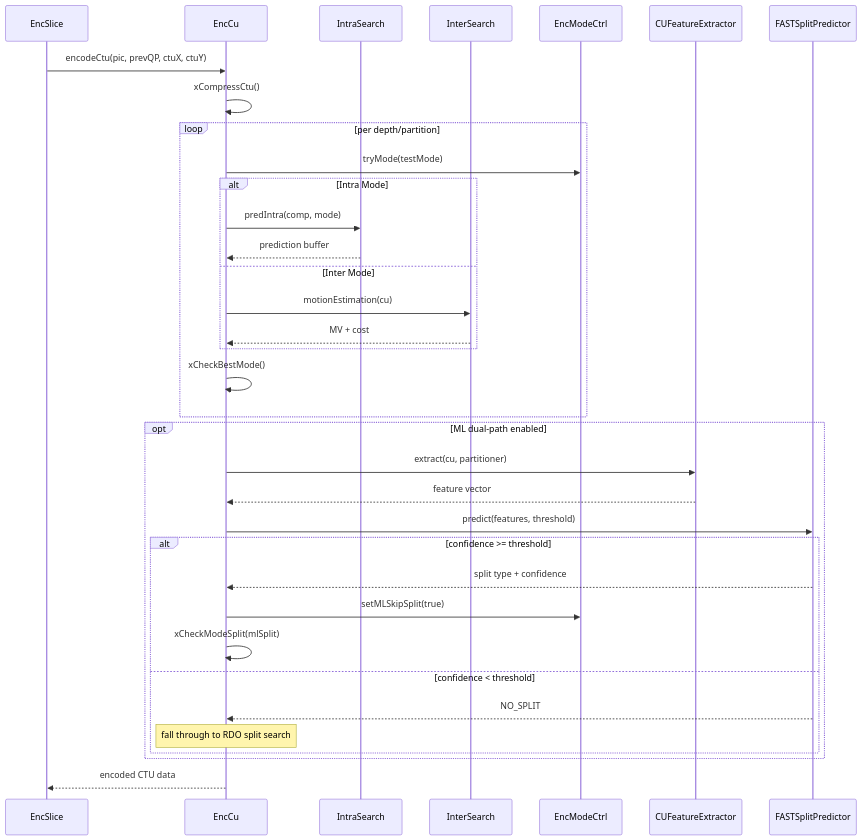
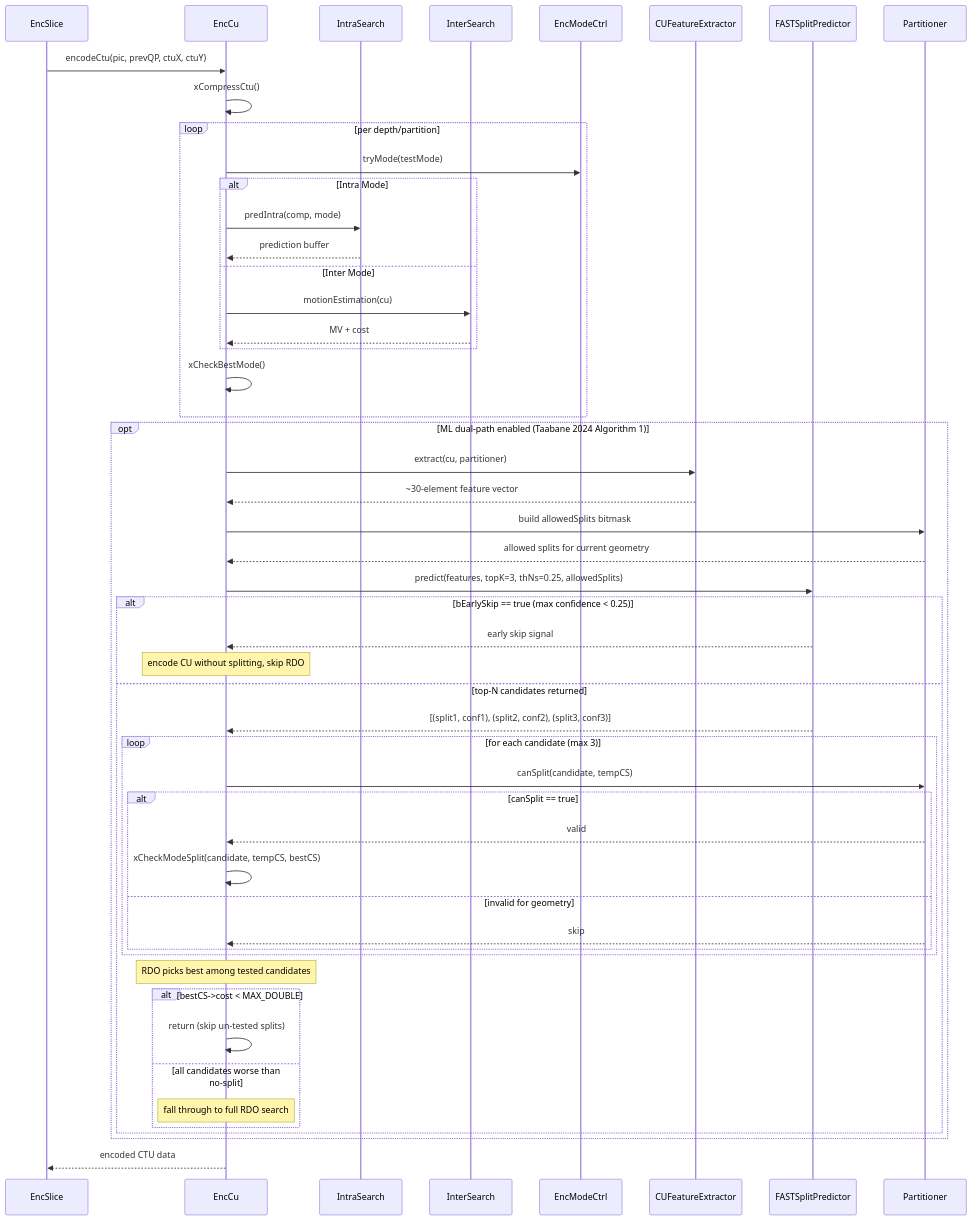
One commit to opensassi/deepenc changed the second of 2 diagrams in source/Lib/EncoderLib/EncCu.spec.md. Above: the diagram before and after it, drawn with Mermaid. The commit also changed other lines of this file and 24 other files, not shown here.

````diff
--- a/source/Lib/EncoderLib/EncCu.spec.md
+++ b/source/Lib/EncoderLib/EncCu.spec.md
@@ -47,38 +48,54 @@
 ```mermaid
 sequenceDiagram
     participant EncSlice
     participant EncCu
     participant IntraSearch
     participant InterSearch
     participant EncModeCtrl
     participant CUFeatureExtractor
     participant FASTSplitPredictor
+    participant Partitioner
 
     EncSlice->>EncCu: encodeCtu(pic, prevQP, ctuX, ctuY)
     EncCu->>EncCu: xCompressCtu()
     loop per depth/partition
         EncCu->>EncModeCtrl: tryMode(testMode)
         alt Intra Mode
             EncCu->>IntraSearch: predIntra(comp, mode)
             IntraSearch-->>EncCu: prediction buffer
         else Inter Mode
             EncCu->>InterSearch: motionEstimation(cu)
             InterSearch-->>EncCu: MV + cost
         end
         EncCu->>EncCu: xCheckBestMode()
     end
-    opt ML dual-path enabled
+    opt ML dual-path enabled (Taabane 2024 Algorithm 1)
         EncCu->>CUFeatureExtractor: extract(cu, partitioner)
-        CUFeatureExtractor-->>EncCu: feature vector
-        EncCu->>FASTSplitPredictor: predict(features, threshold)
-        alt confidence >= threshold
-            FASTSplitPredictor-->>EncCu: split type + confidence
-            EncCu->>EncModeCtrl: setMLSkipSplit(true)
-            EncCu->>EncCu: xCheckModeSplit(mlSplit)
-        else confidence < threshold
-            FASTSplitPredictor-->>EncCu: NO_SPLIT
-            Note over EncCu: fall through to RDO split search
+        CUFeatureExtractor-->>EncCu: ~30-element feature vector
+        EncCu->>Partitioner: build allowedSplits bitmask
+        Partitioner-->>EncCu: allowed splits for current geometry
+        EncCu->>FASTSplitPredictor: predict(features, topK=3, thNs=0.25, allowedSplits)
+        alt bEarlySkip == true (max confidence < 0.25)
+            FASTSplitPredictor-->>EncCu: early skip signal
+            Note over EncCu: encode CU without splitting, skip RDO
+        else top-N candidates returned
+            FASTSplitPredictor-->>EncCu: [(split1, conf1), (split2, conf2), (split3, conf3)]
+            loop for each candidate (max 3)
+                EncCu->>Partitioner: canSplit(candidate, tempCS)
+                alt canSplit == true
+                    Partitioner-->>EncCu: valid
+                    EncCu->>EncCu: xCheckModeSplit(candidate, tempCS, bestCS)
+                else invalid for geometry
+                    Partitioner-->>EncCu: skip
+                end
+            end
+            Note over EncCu: RDO picks best among tested candidates
+            alt bestCS->cost < MAX_DOUBLE
+                EncCu->>EncCu: return (skip un-tested splits)
+            else all candidates worse than no-split
+                Note over EncCu: fall through to full RDO search
+            end
         end
     end
     EncCu-->>EncSlice: encoded CTU data
 ```
````
